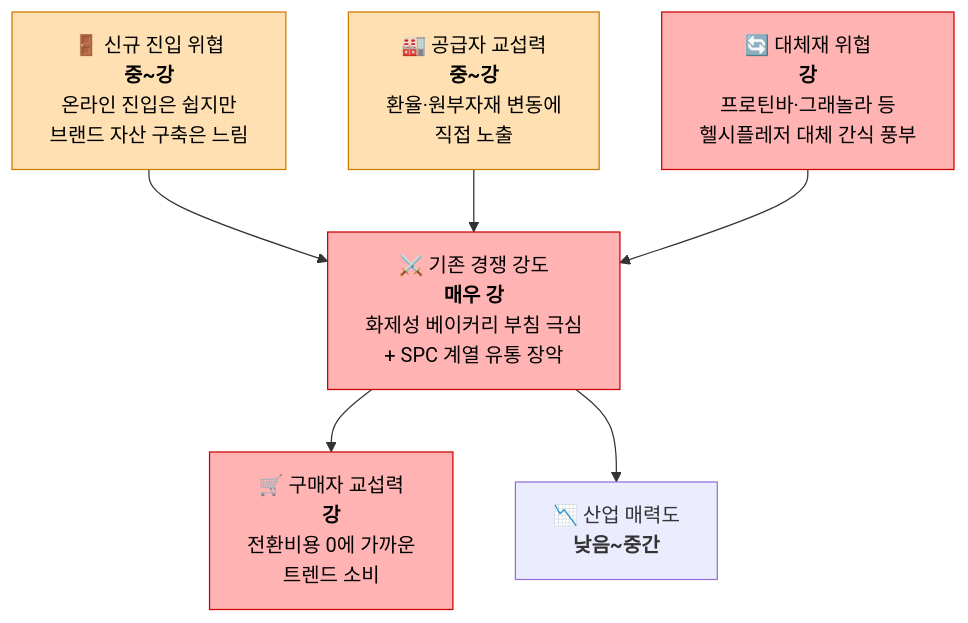
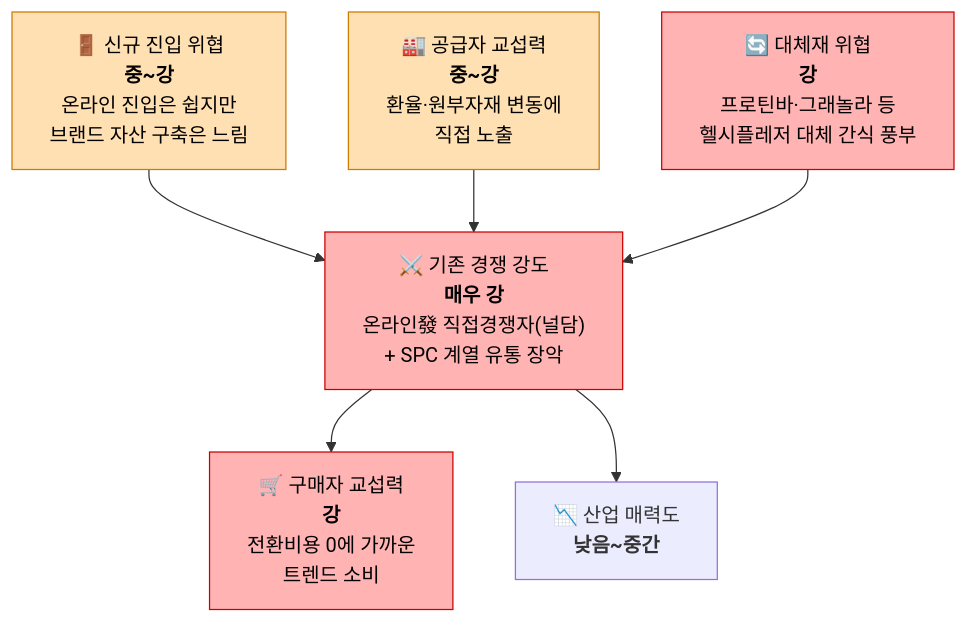
The diagram in makji-personal/docs/06_market_analysis/01_PORTERS_FIVE_FORCES.md (jennie-brain/makji-personal), drawn with Mermaid before and after one commit. The commit also changed other lines of this file and 6 other files, not shown here.

````diff
--- a/makji-personal/docs/06_market_analysis/01_PORTERS_FIVE_FORCES.md
+++ b/makji-personal/docs/06_market_analysis/01_PORTERS_FIVE_FORCES.md
@@ -9,12 +11,12 @@
 ```mermaid
 flowchart TB
     classDef strong fill:#ffb3b3,stroke:#cc0000,color:#000
     classDef medium fill:#ffe0b3,stroke:#cc7a00,color:#000
 
     N["🚪 신규 진입 위협<br/><b>중~강</b><br/>온라인 진입은 쉽지만<br/>브랜드 자산 구축은 느림"]:::medium --> R
     S["🏭 공급자 교섭력<br/><b>중~강</b><br/>환율·원부자재 변동에<br/>직접 노출"]:::medium --> R
-    R["⚔️ 기존 경쟁 강도<br/><b>매우 강</b><br/>화제성 베이커리 부침 극심<br/>+ SPC 계열 유통 장악"]:::strong
+    R["⚔️ 기존 경쟁 강도<br/><b>매우 강</b><br/>온라인發 직접경쟁자(널담)<br/>+ SPC 계열 유통 장악"]:::strong
     R --> B["🛒 구매자 교섭력<br/><b>강</b><br/>전환비용 0에 가까운<br/>트렌드 소비"]:::strong
     Sub["🔄 대체재 위협<br/><b>강</b><br/>프로틴바·그래놀라 등<br/>헬시플레저 대체 간식 풍부"]:::strong --> R
     R --> P["📉 산업 매력도<br/><b>낮음~중간</b>"]
 ```
````
